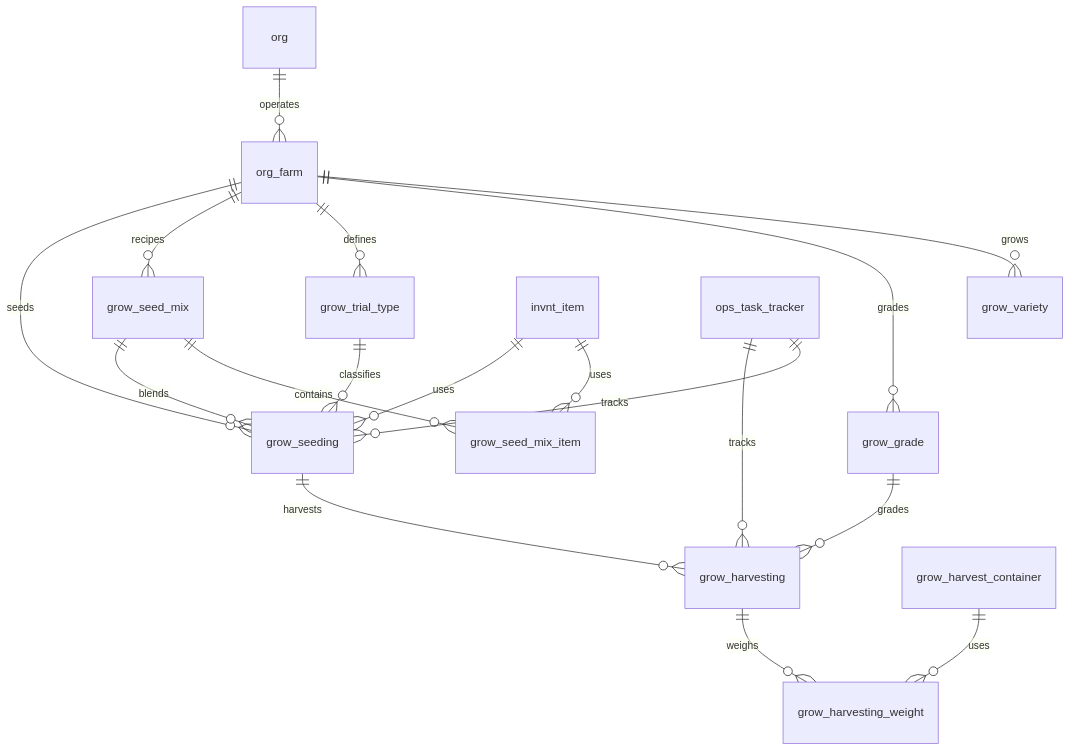
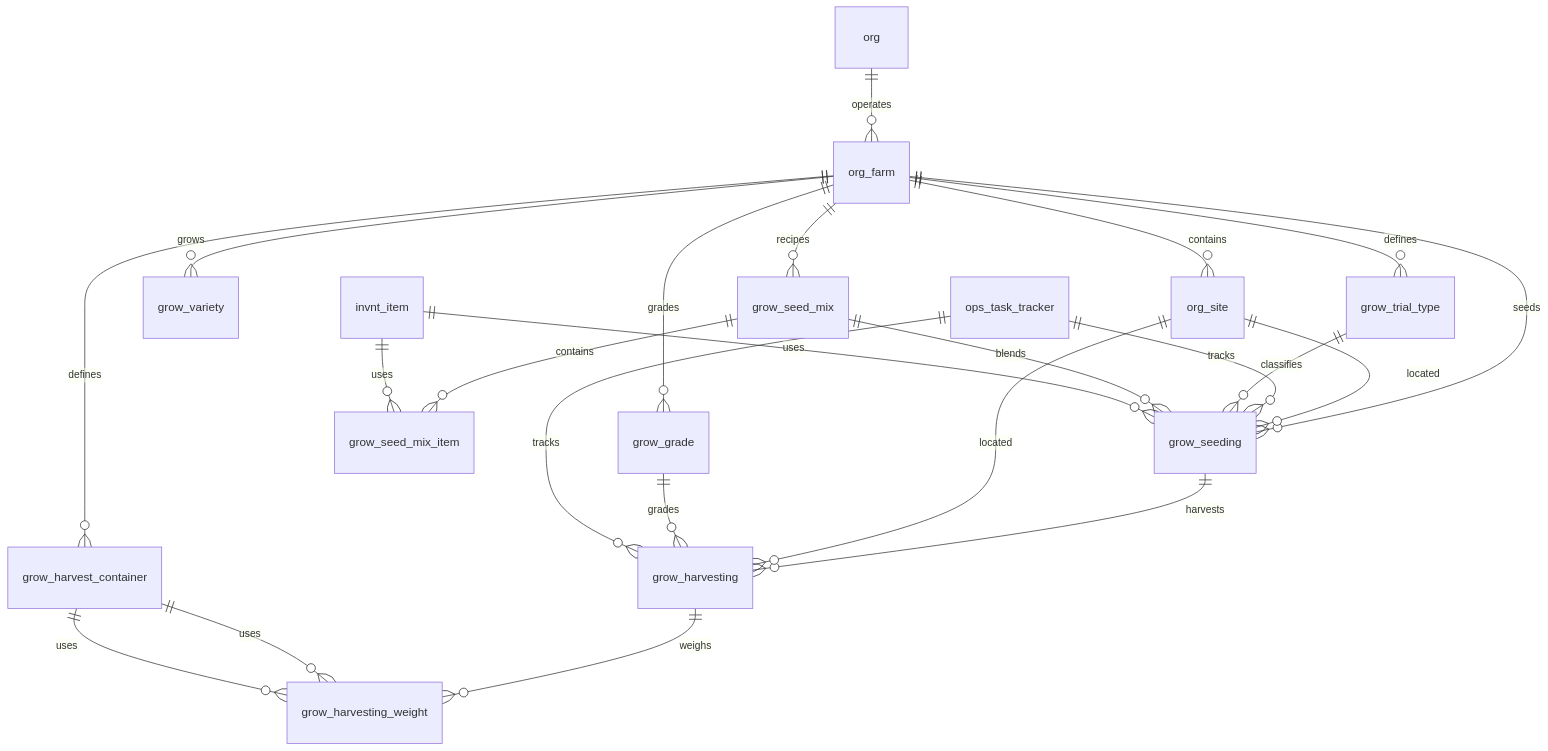
Before and after one commit to Hawaii-Farming/aloha-app: the diagram in docs/schemas/20260323_06_grow.md, drawn with Mermaid. The commit also changed other lines of this file, not shown here.

Commit message:
Fix grow ERD: add org_site, grow_harvest_container relationships; fix tare comment
- Add org_site relationships to grow_seeding and grow_harvesting in ERD
- Add org_farm → org_site ownership chain per convention
- Add grow_harvest_container relationships in ERD
- Fix tare_weight comment: quantity → number_of_units

````diff
--- a/docs/schemas/20260323_06_grow.md
+++ b/docs/schemas/20260323_06_grow.md
@@ -9,20 +9,25 @@
 ```mermaid
 erDiagram
     org ||--o{ org_farm : operates
+    org_farm ||--o{ org_site : contains
     org_farm ||--o{ grow_variety : grows
     org_farm ||--o{ grow_grade : grades
     org_farm ||--o{ grow_trial_type : defines
     org_farm ||--o{ grow_seed_mix : recipes
+    org_farm ||--o{ grow_harvest_container : defines
     grow_seed_mix ||--o{ grow_seed_mix_item : contains
     invnt_item ||--o{ grow_seed_mix_item : uses
     org_farm ||--o{ grow_seeding : seeds
+    org_site ||--o{ grow_seeding : located
     ops_task_tracker ||--o{ grow_seeding : tracks
     grow_trial_type ||--o{ grow_seeding : classifies
     grow_seed_mix ||--o{ grow_seeding : blends
     invnt_item ||--o{ grow_seeding : uses
     grow_seeding ||--o{ grow_harvesting : harvests
+    org_site ||--o{ grow_harvesting : located
     grow_grade ||--o{ grow_harvesting : grades
     ops_task_tracker ||--o{ grow_harvesting : tracks
     grow_harvesting ||--o{ grow_harvesting_weight : weighs
     grow_harvest_container ||--o{ grow_harvesting_weight : uses
+    grow_harvest_container ||--o{ grow_harvesting_weight : uses
 ```
````
